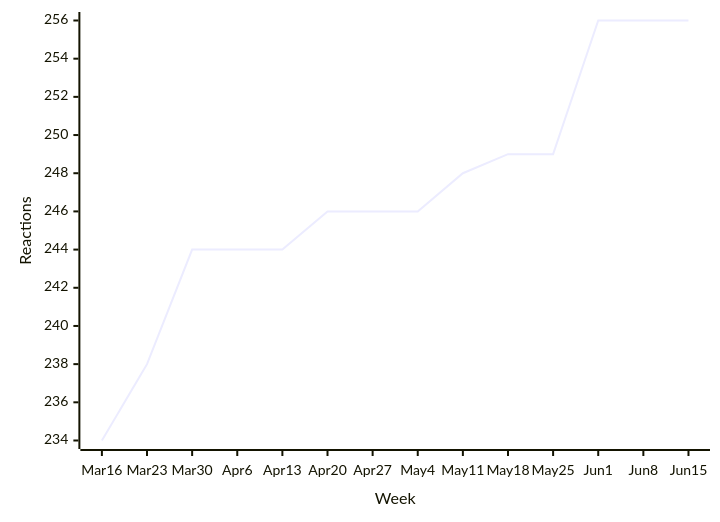
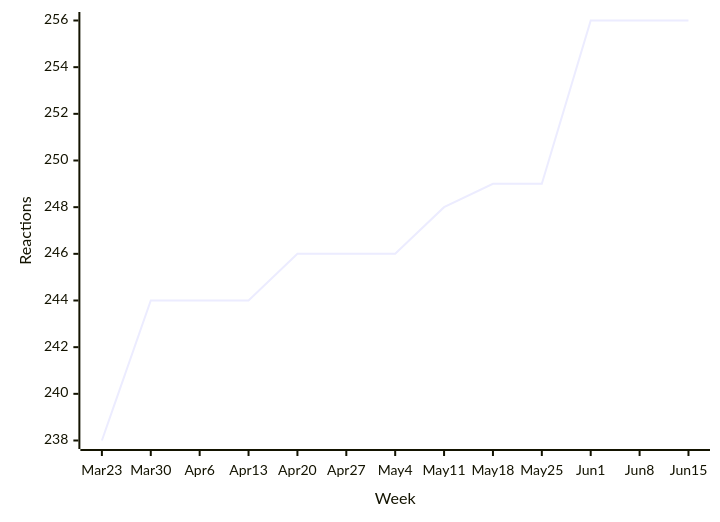
One commit to loic-sharma/github-insights changed the sixth of 49 diagrams in README.md. Above: the diagram before and after it, drawn with Mermaid. The commit also changed other lines of this file and 3 other files, not shown here.

````diff
--- a/README.md
+++ b/README.md
@@ -424,6 +424,6 @@
   ```mermaid
   xychart-beta
-    x-axis "Week" [Mar 16, Mar 23, Mar 30, Apr 6, Apr 13, Apr 20, Apr 27, May 4, May 11, May 18, May 25, Jun 1, Jun 8, Jun 15]
+    x-axis "Week" [Mar 23, Mar 30, Apr 6, Apr 13, Apr 20, Apr 27, May 4, May 11, May 18, May 25, Jun 1, Jun 8, Jun 15]
     y-axis "Reactions"
-    line [234, 238, 244, 244, 244, 246, 246, 246, 248, 249, 249, 256, 256, 256]
+    line [238, 244, 244, 244, 246, 246, 246, 248, 249, 249, 256, 256, 256]
   ```
````
